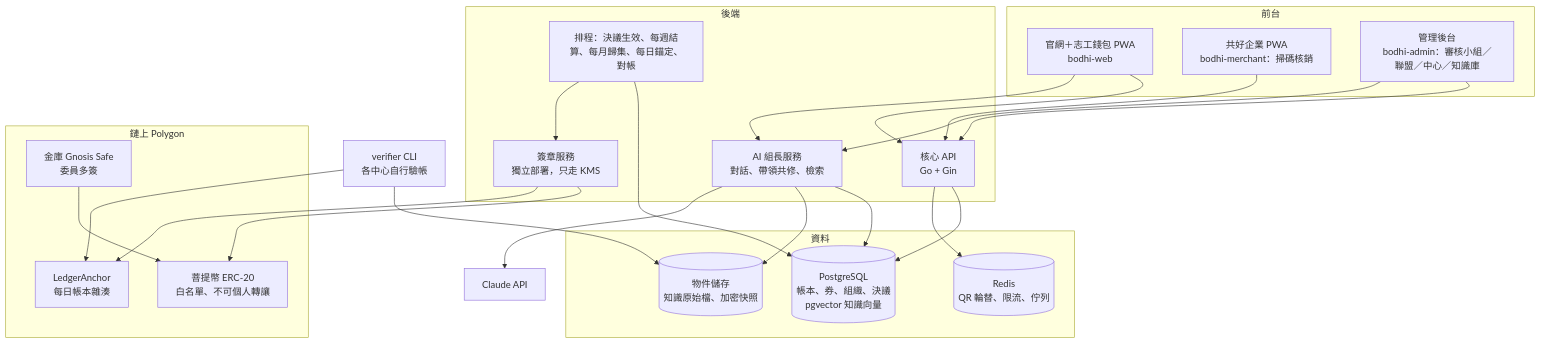
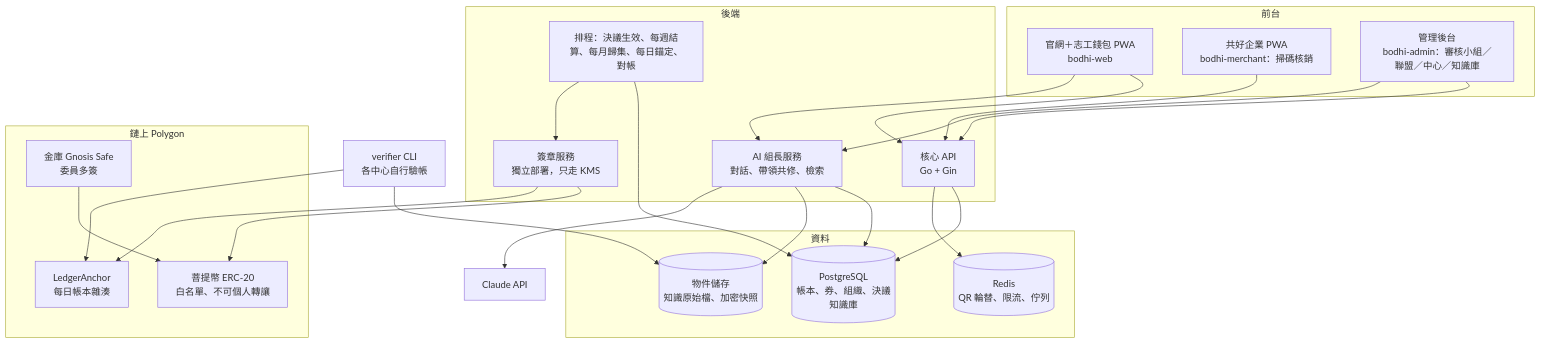
The second of 3 diagrams in docs/architecture.md (geodown-ops/bodhi-alliance), drawn with Mermaid before and after one commit. The commit also changed other lines of this file and 66 other files, not shown here.

````diff
--- a/docs/architecture.md
+++ b/docs/architecture.md
@@ -67,38 +67,38 @@
 ```mermaid
 flowchart TB
   subgraph 前台
     site[官網＋志工錢包 PWA<br/>bodhi-web]
     merchant[共好企業 PWA<br/>bodhi-merchant：掃碼核銷]
     admin[管理後台<br/>bodhi-admin：審核小組／聯盟／中心／知識庫]
   end
   subgraph 後端
     api[核心 API<br/>Go + Gin]
     guide[AI 組長服務<br/>對話、帶領共修、檢索]
     signer[簽章服務<br/>獨立部署，只走 KMS]
     jobs[排程：決議生效、每週結算、每月歸集、每日錨定、對帳]
   end
   subgraph 資料
-    pg[(PostgreSQL<br/>帳本、券、組織、決議<br/>pgvector 知識向量)]
+    pg[(PostgreSQL<br/>帳本、券、組織、決議<br/>知識庫)]
     redis[(Redis<br/>QR 輪替、限流、佇列)]
     files[(物件儲存<br/>知識原始檔、加密快照)]
   end
   subgraph 鏈上 Polygon
     erc[菩提幣 ERC-20<br/>白名單、不可個人轉讓]
     anchor[LedgerAnchor<br/>每日帳本雜湊]
     safe[金庫 Gnosis Safe<br/>委員多簽]
   end
   llm[Claude API]
   verifier[verifier CLI<br/>各中心自行驗帳]
 
   site & merchant & admin --> api
   site & admin --> guide
   guide --> pg
   guide --> files
   guide --> llm
   api --> pg & redis
   jobs --> pg
   jobs --> signer --> erc & anchor
   safe --> erc
   verifier --> anchor
   verifier --> files
 ```
````
